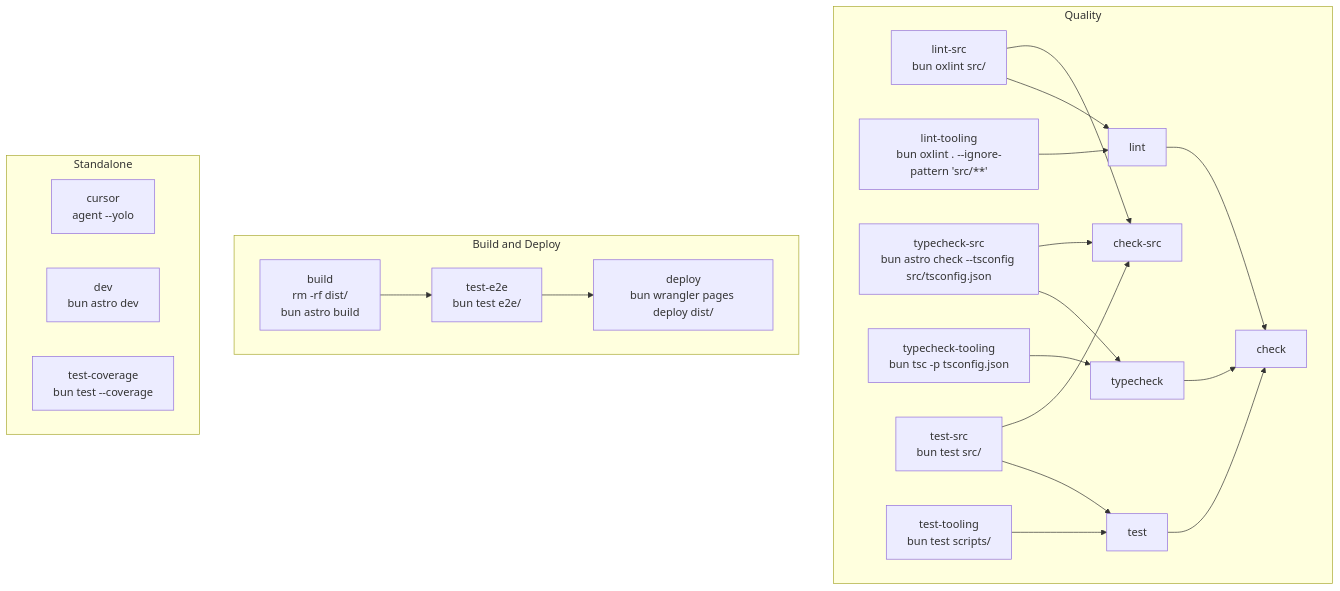
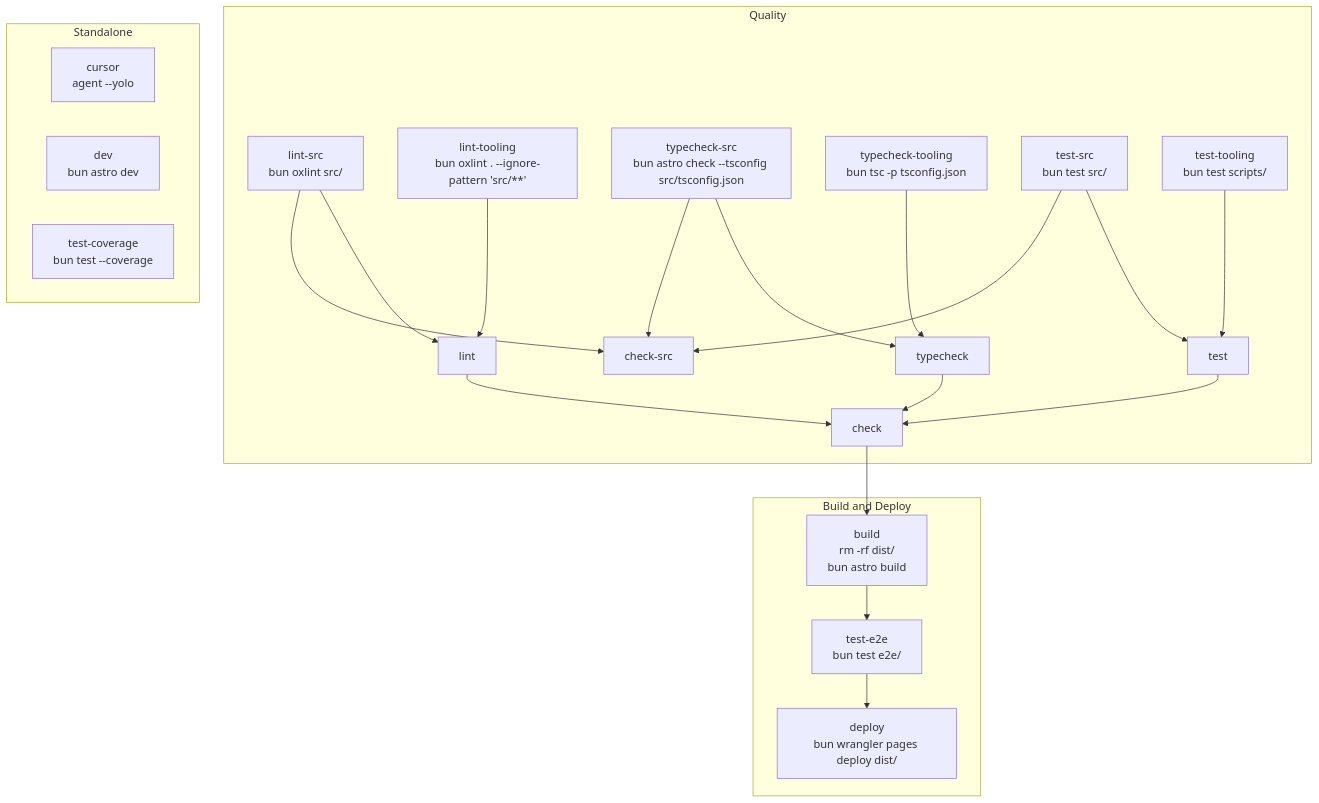
The diagram in docs/taskfile.md (meoyawn/astrosite), drawn with Mermaid before and after one commit. The commit also changed other lines of this file, not shown here.

````diff
--- a/docs/taskfile.md
+++ b/docs/taskfile.md
@@ -7,51 +7,52 @@
 ```mermaid
 flowchart TD
   subgraph Quality
     lint_src["lint-src<br/>bun oxlint src/"]
     lint_tooling["lint-tooling<br/>bun oxlint . --ignore-pattern 'src/**'"]
     lint["lint"]
 
     typecheck_src["typecheck-src<br/>bun astro check --tsconfig src/tsconfig.json"]
     typecheck_tooling["typecheck-tooling<br/>bun tsc -p tsconfig.json"]
     typecheck["typecheck"]
 
     test_src["test-src<br/>bun test src/"]
     test_tooling["test-tooling<br/>bun test scripts/"]
     test["test"]
 
     check_src["check-src"]
     check["check"]
   end
 
   subgraph BuildAndDeploy["Build and Deploy"]
     build["build<br/>rm -rf dist/<br/>bun astro build"]
     test_e2e["test-e2e<br/>bun test e2e/"]
     deploy["deploy<br/>bun wrangler pages deploy dist/"]
   end
 
   subgraph Standalone
     cursor["cursor<br/>agent --yolo"]
     dev["dev<br/>bun astro dev"]
     test_coverage["test-coverage<br/>bun test --coverage"]
   end
 
   lint_src --> lint
   lint_tooling --> lint
 
   typecheck_src --> typecheck
   typecheck_tooling --> typecheck
 
   test_src --> test
   test_tooling --> test
 
   lint_src --> check_src
   typecheck_src --> check_src
   test_src --> check_src
 
   lint --> check
   typecheck --> check
   test --> check
 
+  check --> build
   build --> test_e2e
   test_e2e --> deploy
 ```
````
